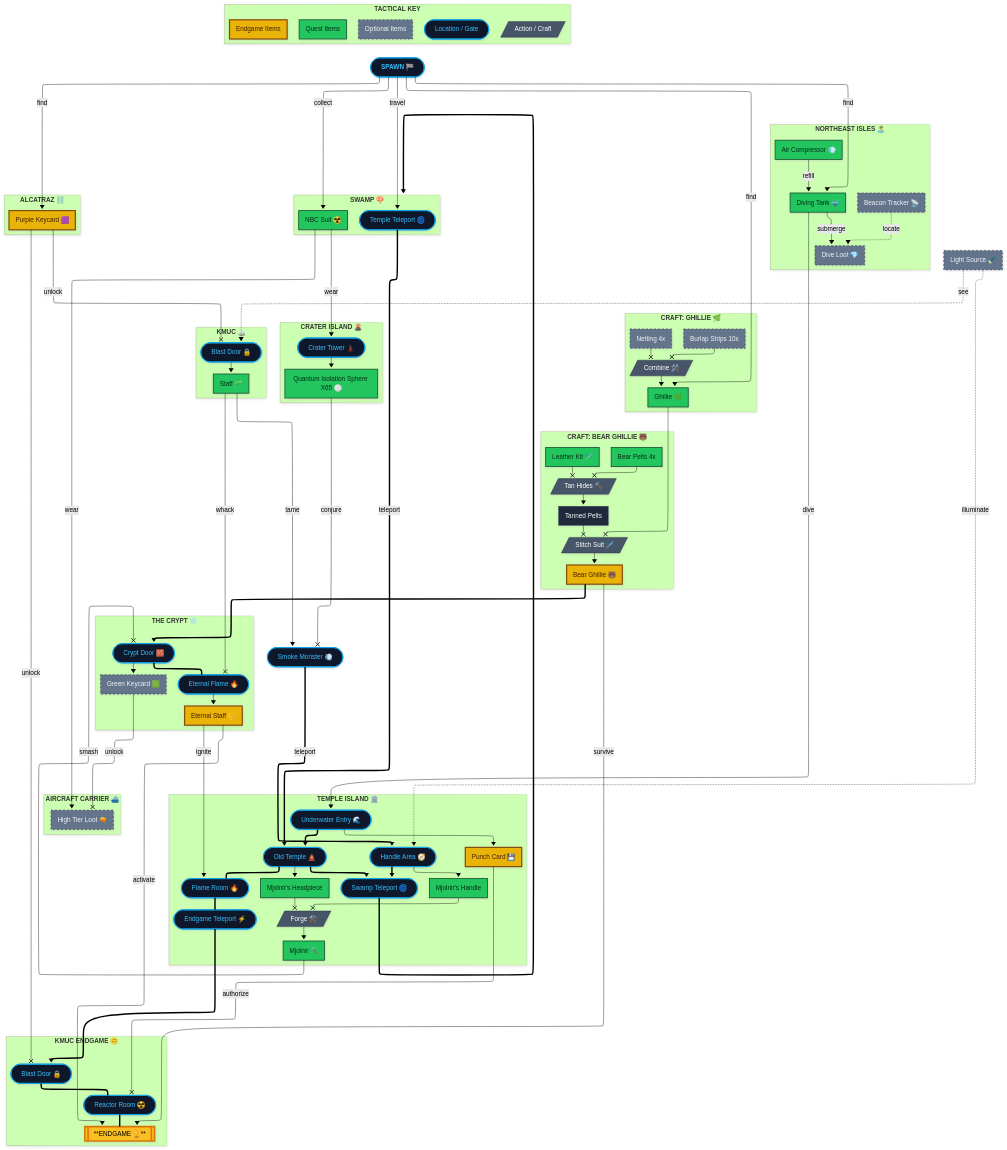
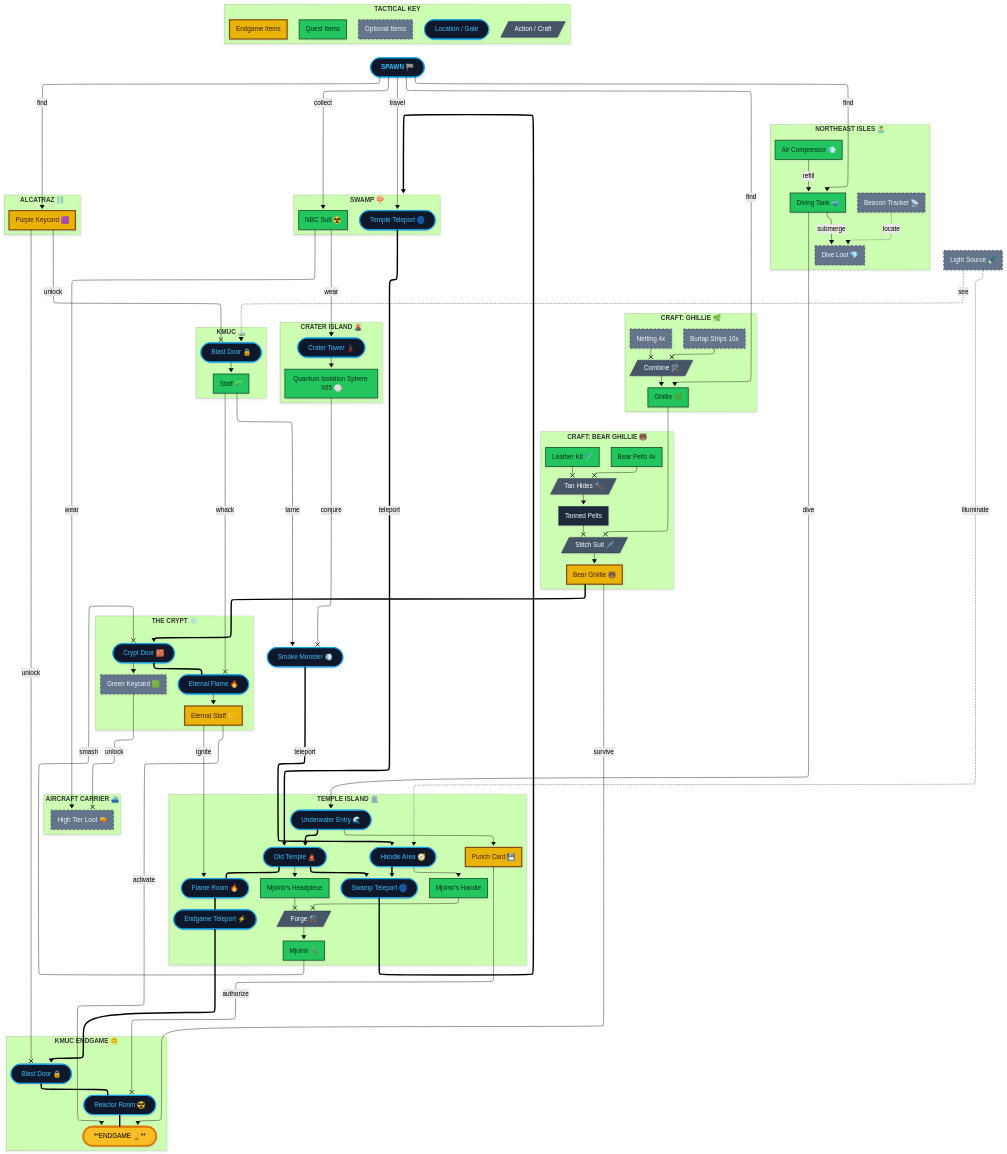
Before and after one commit to mrfootoyou/deer-isle-quest: the diagram in deer-isle-endgame-loot-flow.mmd, drawn with Mermaid. The commit also changed 4 other files, not shown here.

```diff
--- a/deer-isle-endgame-loot-flow.mmd
+++ b/deer-isle-endgame-loot-flow.mmd
@@ -206,7 +206,7 @@
     subgraph kmuc_endgame ["`**KMUC ENDGAME 🙃**`"]
         endgame_blast_door([Blast Door 🔒])
         endgame_reactor([Reactor Room ☢️])
-        endgame[[**ENDGAME 🏆**]]
+        endgame([**ENDGAME 🏆**])
     end
     purple_keycard --x |unlock|endgame_blast_door
     endgame_blast_door === endgame_reactor
```
